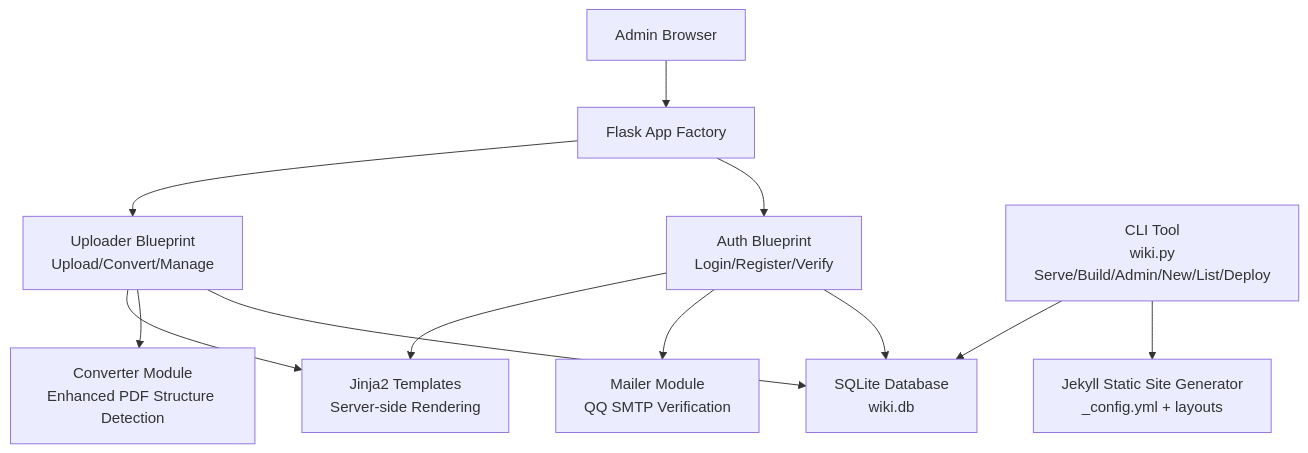
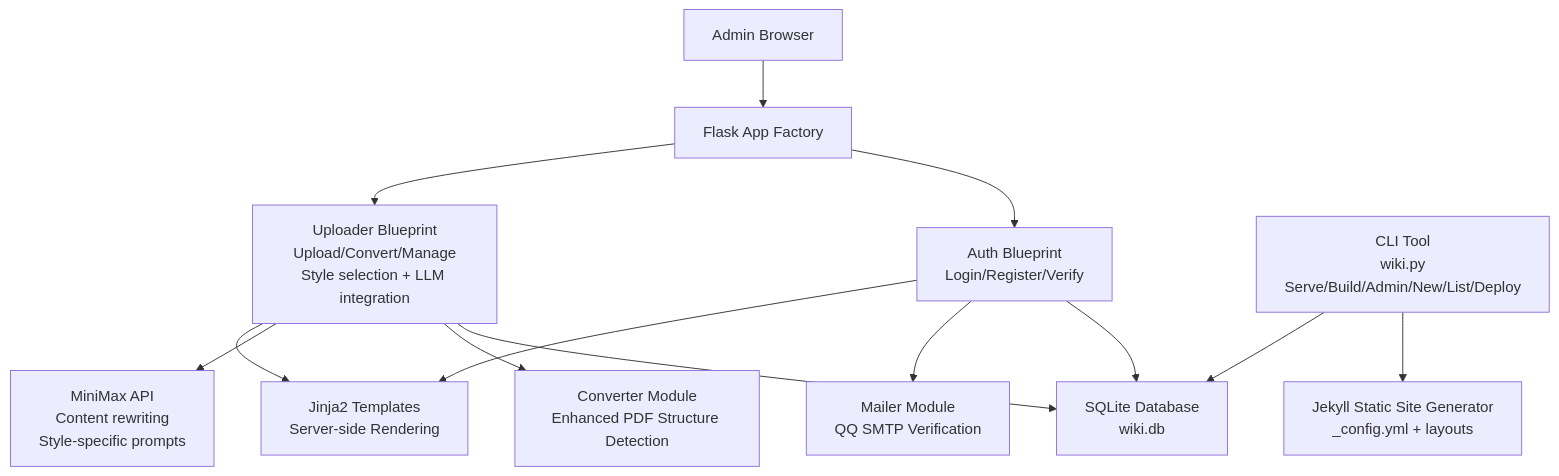
Before and after one commit to PolarisW007/PolaZhenJing: the second of 9 diagrams in .qoder/repowiki/en/content/Backend Application/Backend Application.md, drawn with Mermaid. The commit also changed other lines of this file and 6 other files, not shown here.

````diff
--- a/.qoder/repowiki/en/content/Backend Application/Backend Application.md
+++ b/.qoder/repowiki/en/content/Backend Application/Backend Application.md
@@ -111,24 +122,26 @@
 ```mermaid
 graph TB
 CLIENT["Admin Browser"]
 FLASK["Flask App Factory"]
 AUTH["Auth Blueprint<br/>Login/Register/Verify"]
-UPLOAD["Uploader Blueprint<br/>Upload/Convert/Manage"]
+UPLOAD["Uploader Blueprint<br/>Upload/Convert/Manage<br/>Style selection + LLM integration"]
 CONV["Converter Module<br/>Enhanced PDF Structure Detection"]
 MAIL["Mailer Module<br/>QQ SMTP Verification"]
 DB["SQLite Database<br/>wiki.db"]
 TEMPLATES["Jinja2 Templates<br/>Server-side Rendering"]
 CLI["CLI Tool<br/>wiki.py<br/>Serve/Build/Admin/New/List/Deploy"]
 JEKYLL["Jekyll Static Site Generator<br/>_config.yml + layouts"]
+MINIMAX["MiniMax API<br/>Content rewriting<br/>Style-specific prompts"]
 CLIENT --> FLASK
 FLASK --> AUTH
 FLASK --> UPLOAD
 AUTH --> DB
 UPLOAD --> DB
 UPLOAD --> CONV
+UPLOAD --> MINIMAX
 AUTH --> MAIL
 UPLOAD --> TEMPLATES
 AUTH --> TEMPLATES
 CLI --> JEKYLL
 CLI --> DB
 ```
````
